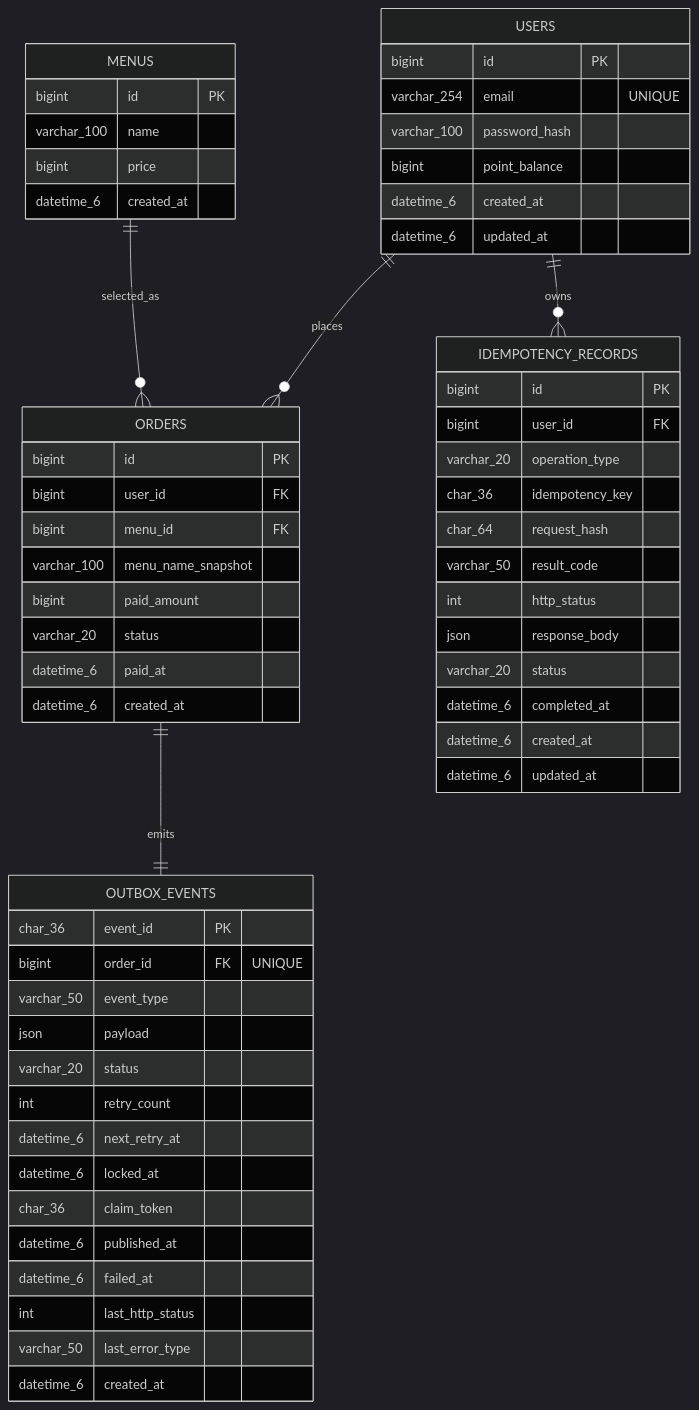
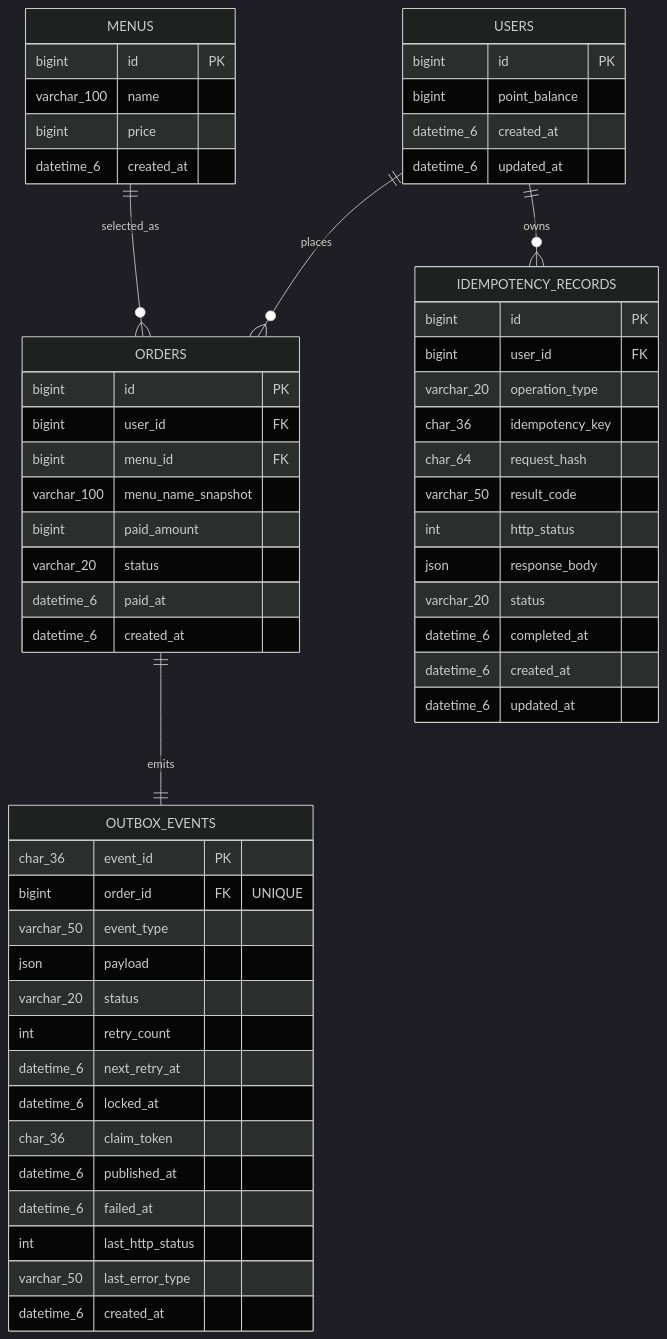
Before and after one commit to 0younge/coffee-order-system: the first of 2 diagrams in docs/erd.md, drawn with Mermaid (dark theme). The commit also changed other lines of this file and 13 other files, not shown here.

````diff
--- a/docs/erd.md
+++ b/docs/erd.md
@@ -18,66 +18,64 @@
 ```mermaid
 erDiagram
     USERS ||--o{ ORDERS : places
     MENUS ||--o{ ORDERS : selected_as
     USERS ||--o{ IDEMPOTENCY_RECORDS : owns
     ORDERS ||--|| OUTBOX_EVENTS : emits
 
     USERS {
         bigint id PK
-        varchar_254 email "UNIQUE"
-        varchar_100 password_hash
         bigint point_balance
         datetime_6 created_at
         datetime_6 updated_at
     }
 
     MENUS {
         bigint id PK
         varchar_100 name
         bigint price
         datetime_6 created_at
     }
 
     ORDERS {
         bigint id PK
         bigint user_id FK
         bigint menu_id FK
         varchar_100 menu_name_snapshot
         bigint paid_amount
         varchar_20 status
         datetime_6 paid_at
         datetime_6 created_at
     }
 
     IDEMPOTENCY_RECORDS {
         bigint id PK
         bigint user_id FK
         varchar_20 operation_type
         char_36 idempotency_key
         char_64 request_hash
         varchar_50 result_code
         int http_status
         json response_body
         varchar_20 status
         datetime_6 completed_at
         datetime_6 created_at
         datetime_6 updated_at
     }
 
     OUTBOX_EVENTS {
         char_36 event_id PK
         bigint order_id FK "UNIQUE"
         varchar_50 event_type
         json payload
         varchar_20 status
         int retry_count
         datetime_6 next_retry_at
         datetime_6 locked_at
         char_36 claim_token
         datetime_6 published_at
         datetime_6 failed_at
         int last_http_status
         varchar_50 last_error_type
         datetime_6 created_at
     }
 ```
````
